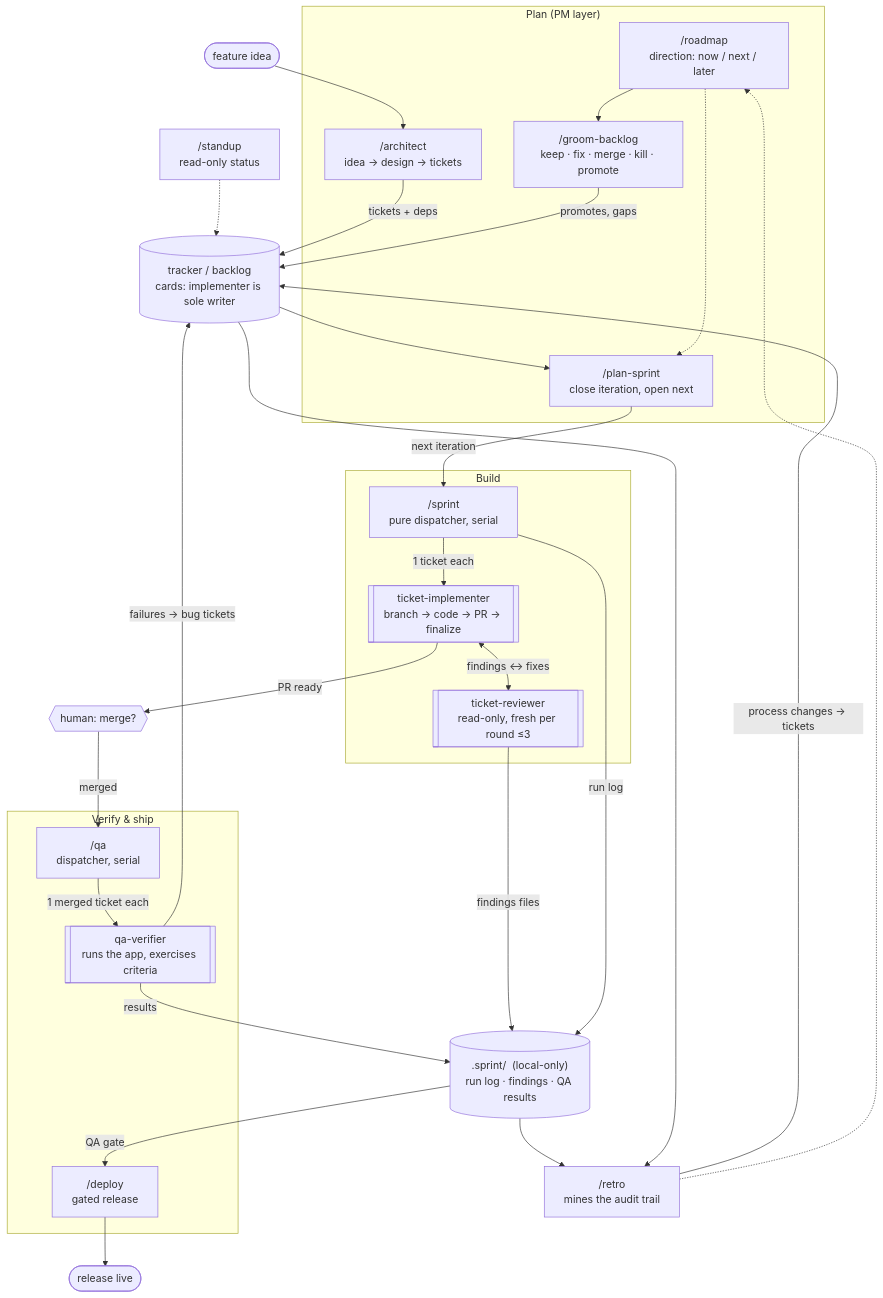
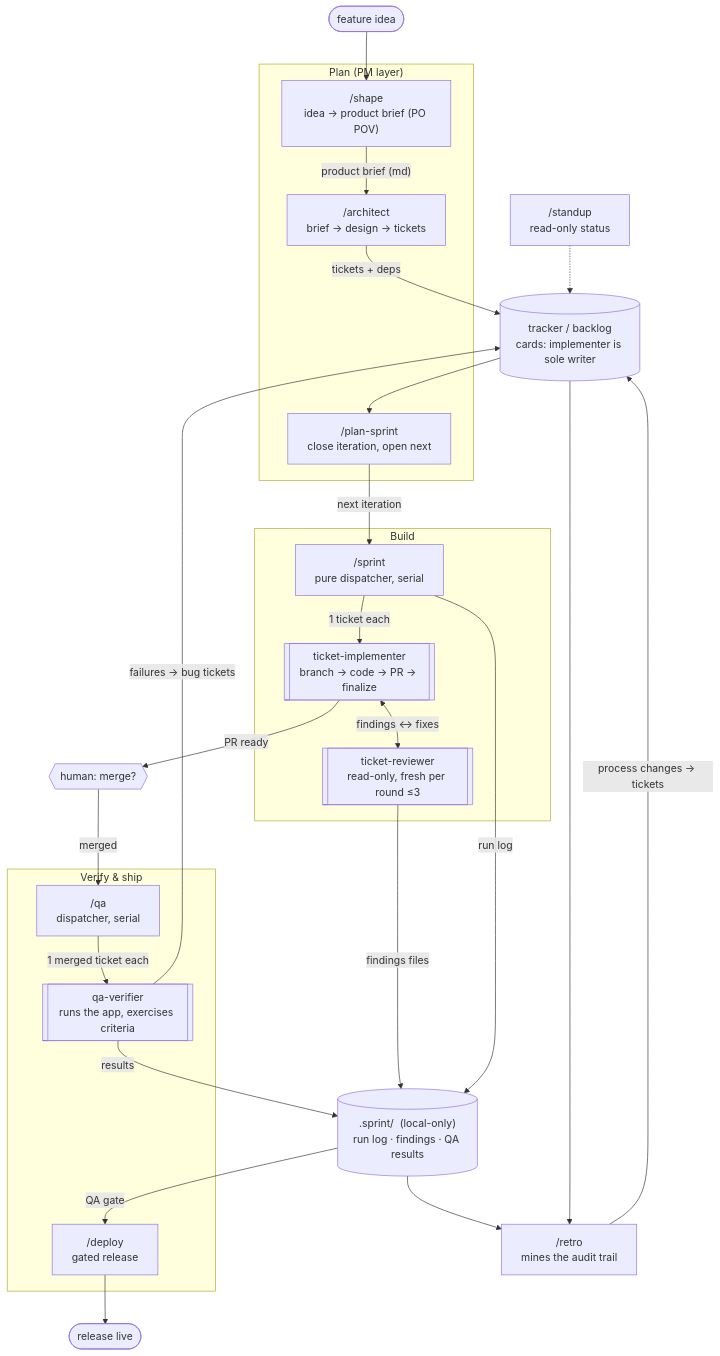
The diagram in README.md (kyimoemin/skills), drawn with Mermaid before and after one commit. The commit also changed other lines of this file and 5 other files, not shown here.

First line of the commit message:
feat: add /shape (product-owner brief), retire /roadmap and /groom-backlog

````diff
--- a/README.md
+++ b/README.md
@@ -14,51 +14,47 @@
 ```mermaid
 flowchart TB
     subgraph pm ["Plan (PM layer)"]
-        roadmap["/roadmap\ndirection: now / next / later"]
-        groom["/groom-backlog\nkeep · fix · merge · kill · promote"]
-        architect["/architect\nidea → design → tickets"]
+        shape["/shape\nidea → product brief (PO POV)"]
+        architect["/architect\nbrief → design → tickets"]
         plansprint["/plan-sprint\nclose iteration, open next"]
     end
 
     subgraph build ["Build"]
         sprint["/sprint\npure dispatcher, serial"]
         impl[["ticket-implementer\nbranch → code → PR → finalize"]]
         reviewer[["ticket-reviewer\nread-only, fresh per round ≤3"]]
     end
 
     subgraph ship ["Verify & ship"]
         qa["/qa\ndispatcher, serial"]
         qav[["qa-verifier\nruns the app, exercises criteria"]]
         deploy["/deploy\ngated release"]
     end
 
     retro["/retro\nmines the audit trail"]
     standup["/standup\nread-only status"]
 
     tracker[("tracker / backlog\ncards: implementer is sole writer")]
     dotsprint[(".sprint/  (local-only)\nrun log · findings · QA results")]
 
-    idea([feature idea]) --> architect
+    idea([feature idea]) --> shape
+    shape -- "product brief (md)" --> architect
     architect -- "tickets + deps" --> tracker
-    roadmap --> groom
-    groom -- "promotes, gaps" --> tracker
     tracker --> plansprint
-    roadmap -.-> plansprint
     plansprint -- "next iteration" --> sprint
     sprint -- "1 ticket each" --> impl
     impl <-- "findings ↔ fixes" --> reviewer
     reviewer -- "findings files" --> dotsprint
     sprint -- "run log" --> dotsprint
     impl -- "PR ready" --> merge{{"human: merge?"}}
     merge -- "merged" --> qa
     qa -- "1 merged ticket each" --> qav
     qav -- "results" --> dotsprint
     qav -- "failures → bug tickets" --> tracker
     dotsprint -- "QA gate" --> deploy
     deploy --> live([release live])
     dotsprint --> retro
     tracker --> retro
     retro -- "process changes → tickets" --> tracker
-    retro -.-> roadmap
     standup -.-> tracker
 ```
````
